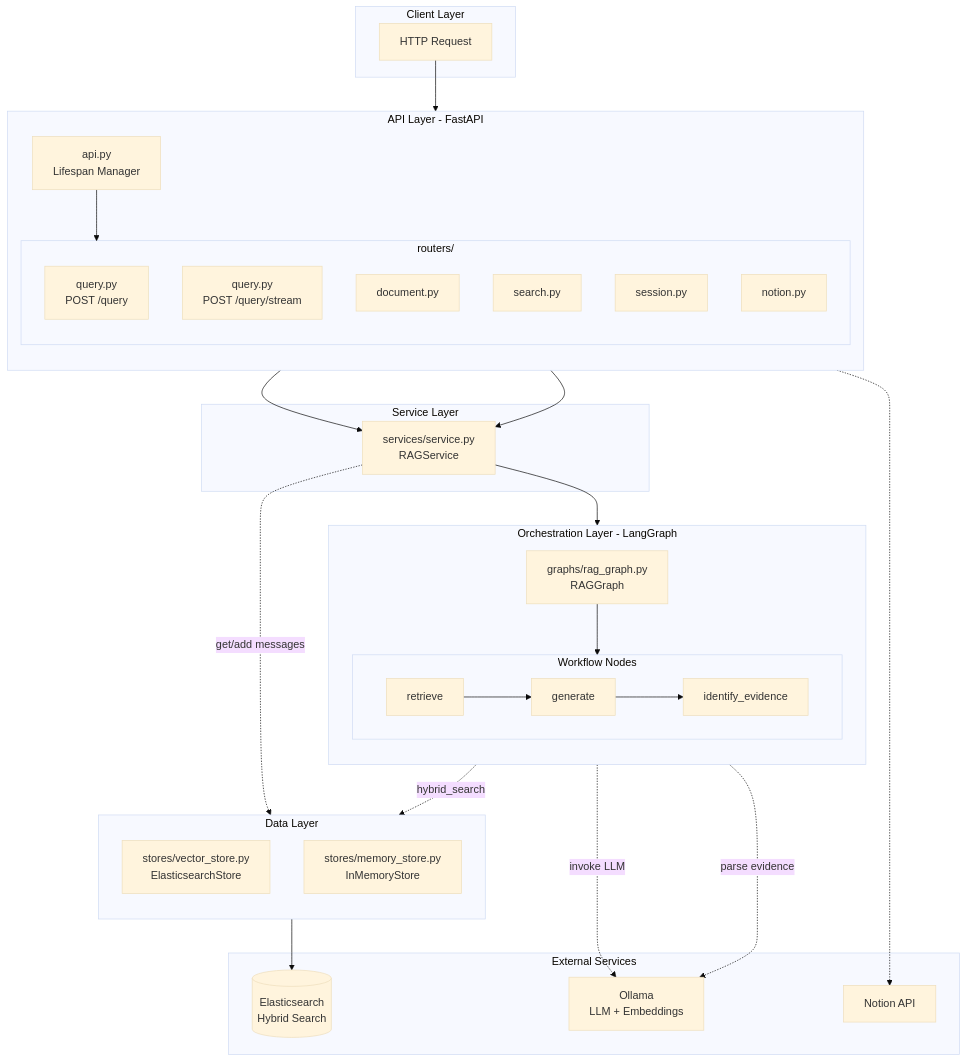
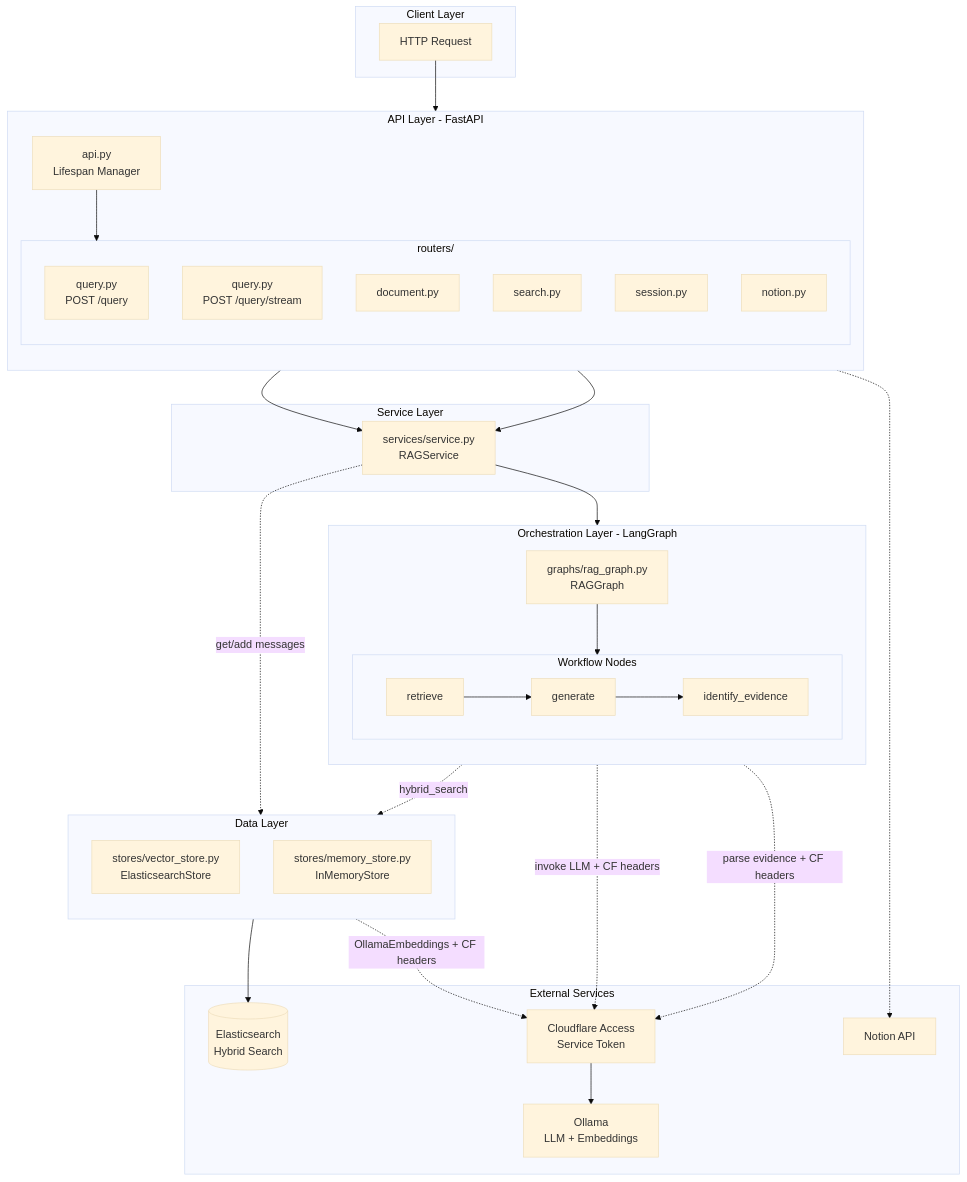
Before and after one commit to linkmind-ai/rag-project: the first of 3 diagrams in CLAUDE.md, drawn with Mermaid (base theme). The commit also changed other lines of this file, not shown here.

First line of the commit message:
docs(CLAUDE.md): 아키텍처 다이어그램 현행화 - Cloudflare Access 반영

````diff
--- a/CLAUDE.md
+++ b/CLAUDE.md
@@ -45,64 +77,67 @@
 ```mermaid
 flowchart TB
     subgraph Client["Client Layer"]
         REQ[HTTP Request]
     end
 
     subgraph API["API Layer - FastAPI"]
         direction TB
         API_APP[api.py<br/>Lifespan Manager]
 
         subgraph Routers["routers/"]
             R_QUERY[query.py<br/>POST /query]
             R_STREAM[query.py<br/>POST /query/stream]
             R_DOC[document.py]
             R_SEARCH[search.py]
             R_SESSION[session.py]
             R_NOTION[notion.py]
         end
     end
 
     subgraph Service["Service Layer"]
         RAG_SVC[services/service.py<br/>RAGService]
     end
 
     subgraph Graph["Orchestration Layer - LangGraph"]
         direction TB
         RAG_GRAPH[graphs/rag_graph.py<br/>RAGGraph]
 
         subgraph Nodes["Workflow Nodes"]
             direction LR
             N1[retrieve]
             N2[generate]
             N3[identify_evidence]
         end
 
         N1 --> N2 --> N3
     end
 
     subgraph Stores["Data Layer"]
         direction TB
         ES_STORE[stores/vector_store.py<br/>ElasticsearchStore]
         MEM_STORE[stores/memory_store.py<br/>InMemoryStore]
     end
 
     subgraph External["External Services"]
         ES[(Elasticsearch<br/>Hybrid Search)]
+        CF[Cloudflare Access<br/>Service Token]
         OLLAMA[Ollama<br/>LLM + Embeddings]
         NOTION_API[Notion API]
     end
 
     REQ --> API_APP
     API_APP --> Routers
     R_QUERY & R_STREAM --> RAG_SVC
     RAG_SVC --> RAG_GRAPH
     RAG_GRAPH --> Nodes
 
     N1 -.->|hybrid_search| ES_STORE
-    N2 -.->|invoke LLM| OLLAMA
-    N3 -.->|parse evidence| OLLAMA
+    N2 -.->|invoke LLM + CF headers| CF
+    N3 -.->|parse evidence + CF headers| CF
+    ES_STORE -.->|OllamaEmbeddings + CF headers| CF
+    CF --> OLLAMA
 
     ES_STORE --> ES
     RAG_SVC -.->|get/add messages| MEM_STORE
     R_NOTION -.-> NOTION_API
 ```
````
